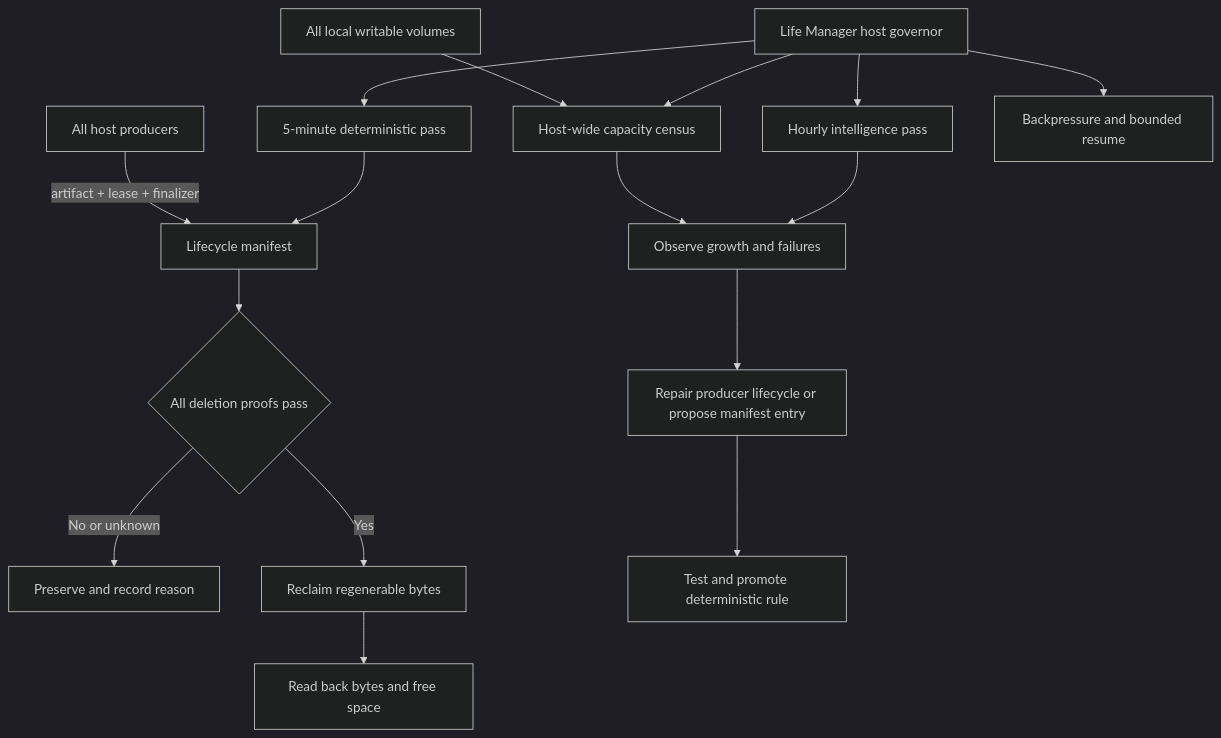
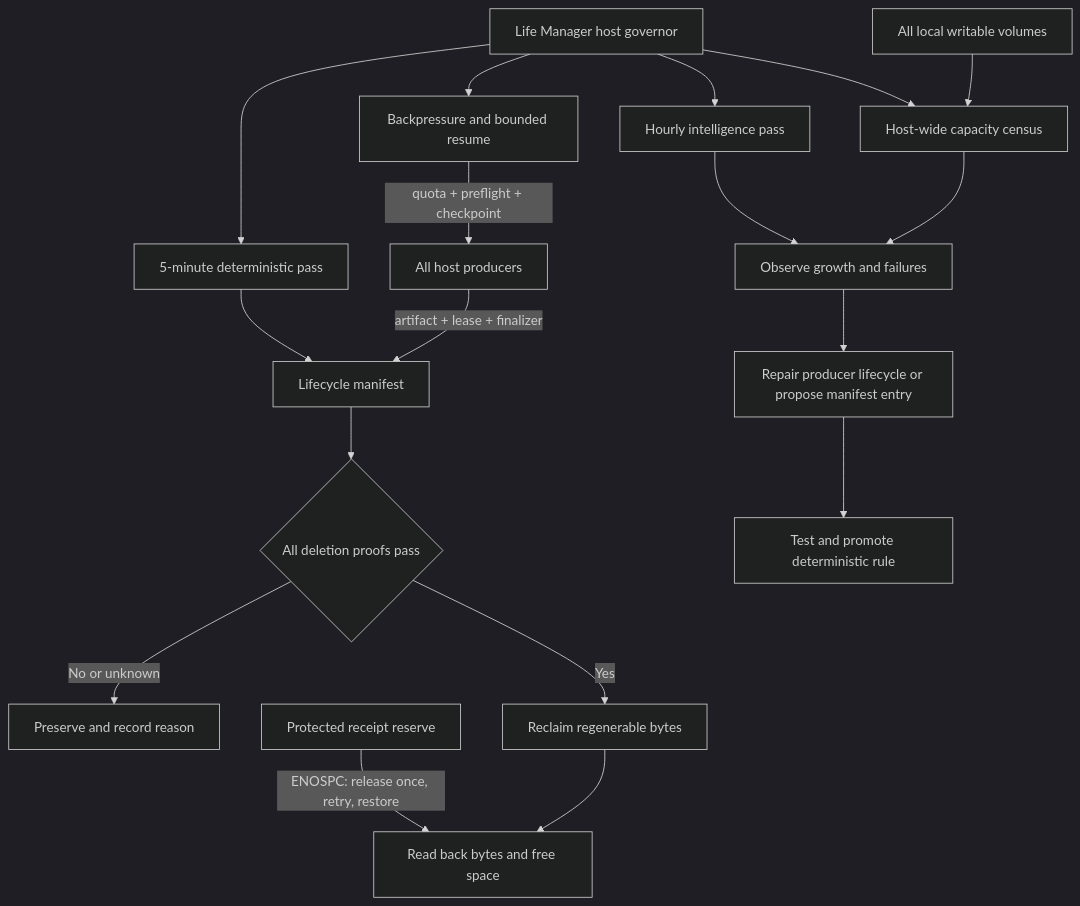
One commit to Daisuke134/anicca changed the diagram in docs/superpowers/specs/2026-08-20-life-manager-disk-cleanup-loop-design.md. Above: the diagram before and after it, drawn with Mermaid (dark theme). The commit also changed other lines of this file, not shown here.

Commit message:
docs(disk): finalize cleanup loop architecture plan

````diff
--- a/docs/superpowers/specs/2026-08-20-life-manager-disk-cleanup-loop-design.md
+++ b/docs/superpowers/specs/2026-08-20-life-manager-disk-cleanup-loop-design.md
@@ -303,18 +359,20 @@
 ```mermaid
 flowchart TD
   X[All local writable volumes] --> C[Host-wide capacity census]
   C --> O[Owner and growth attribution]
   P[All host producers] -->|artifact + lease + finalizer| M[Lifecycle manifest]
   D[5-minute deterministic pass] --> M
   M --> G{All deletion proofs pass}
   G -->|No or unknown| K[Preserve and record reason]
   G -->|Yes| R[Reclaim regenerable bytes]
   R --> V[Read back bytes and free space]
+  E[Protected receipt reserve] -->|ENOSPC: release once, retry, restore| V
   H[Hourly intelligence pass] --> O[Observe growth and failures]
   O --> F[Repair producer lifecycle or propose manifest entry]
   F --> T[Test and promote deterministic rule]
   L[Life Manager host governor] --> C
   L --> D
   L --> H
   L --> B[Backpressure and bounded resume]
+  B -->|quota + preflight + checkpoint| P[All host producers]
 ```
````
